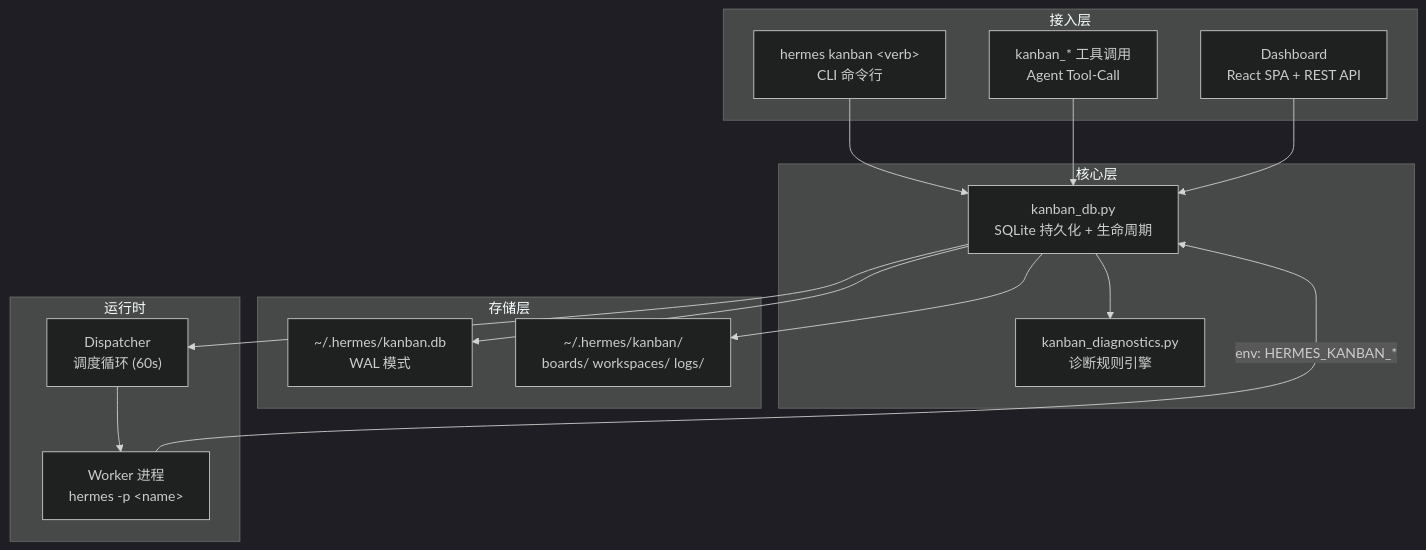
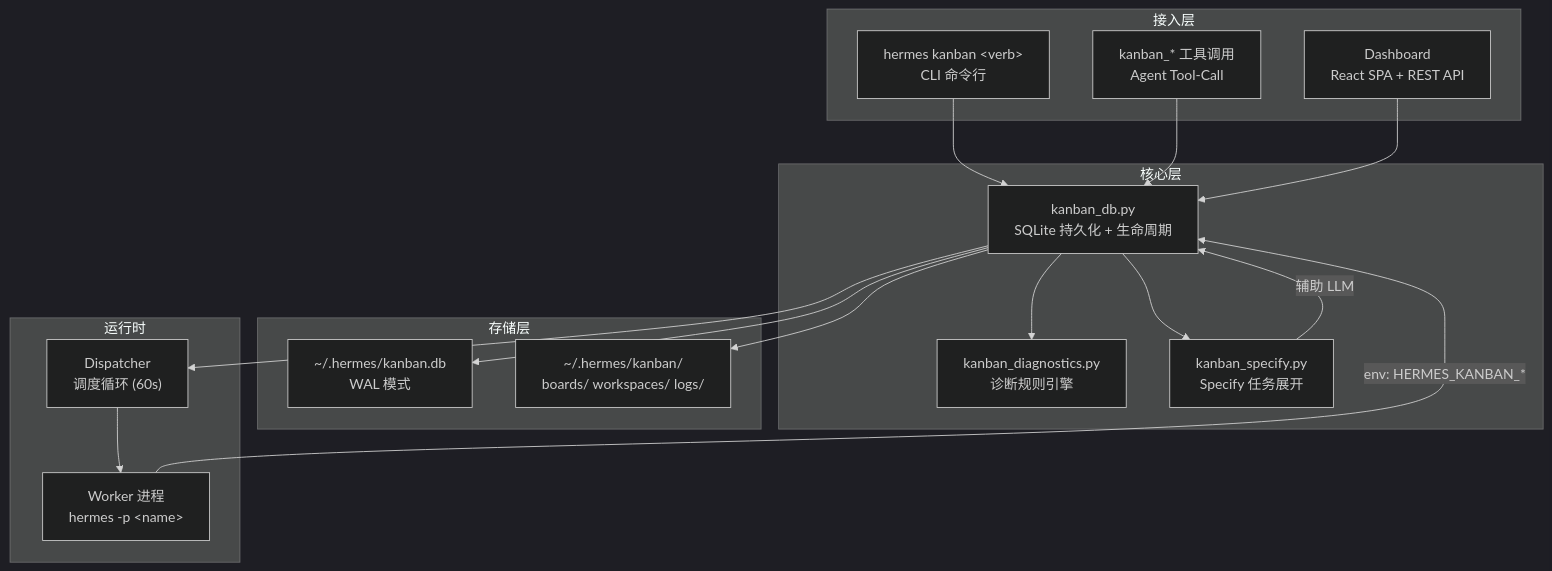
The first of 4 diagrams in chapters/kanban.rst (pty819/hermes-docs), drawn with Mermaid (dark theme) before and after one commit. The commit also changed other lines of this file and 9 other files, not shown here.

```diff
--- a/chapters/kanban.rst
+++ b/chapters/kanban.rst
@@ -88,35 +113,38 @@
 .. mermaid::
    :name: kanban-system-architecture
    :caption: Kanban 系统架构
 
    flowchart TD
        subgraph entry["接入层"]
            CLI["hermes kanban &lt;verb&gt;<br/>CLI 命令行"]
            TOOL["kanban_* 工具调用<br/>Agent Tool-Call"]
            DASH["Dashboard<br/>React SPA + REST API"]
        end
 
        subgraph core["核心层"]
            KDB["kanban_db.py<br/>SQLite 持久化 + 生命周期"]
            DIAG["kanban_diagnostics.py<br/>诊断规则引擎"]
+           SPEC["kanban_specify.py<br/>Specify 任务展开"]
        end
 
        subgraph storage["存储层"]
            DB["~/.hermes/kanban.db<br/>WAL 模式"]
            FS["~/.hermes/kanban/<br/>boards/ workspaces/ logs/"]
        end
 
        subgraph runtime["运行时"]
            DISP["Dispatcher<br/>调度循环 (60s)"]
            WORKER["Worker 进程<br/>hermes -p &lt;name&gt;"]
        end
 
        CLI --> KDB
        TOOL --> KDB
        DASH --> KDB
        KDB --> DB
        KDB --> FS
        KDB --> DIAG
+       KDB --> SPEC
        KDB --> DISP
        DISP --> WORKER
        WORKER -->|"env: HERMES_KANBAN_*"| KDB
+       SPEC -->|"辅助 LLM"| KDB
```
